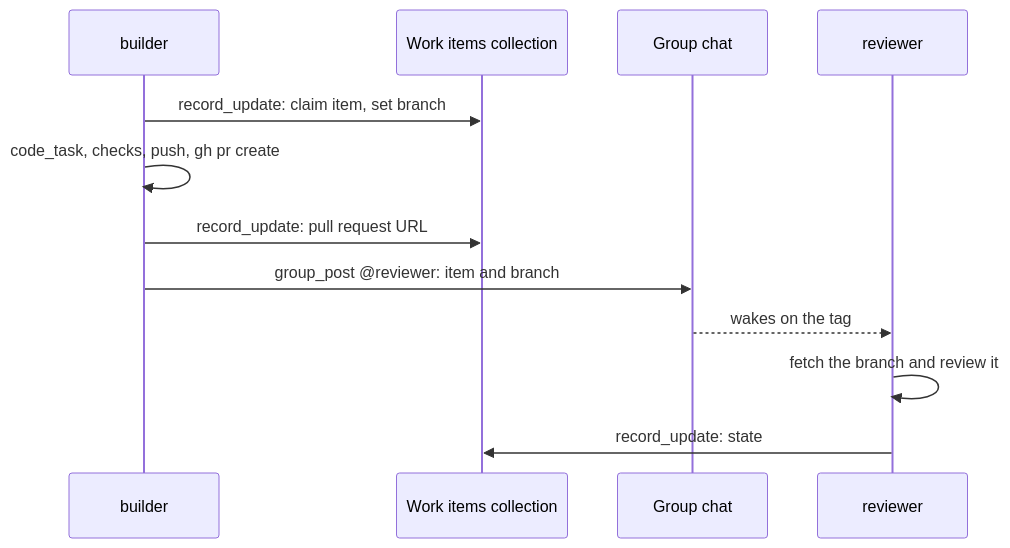
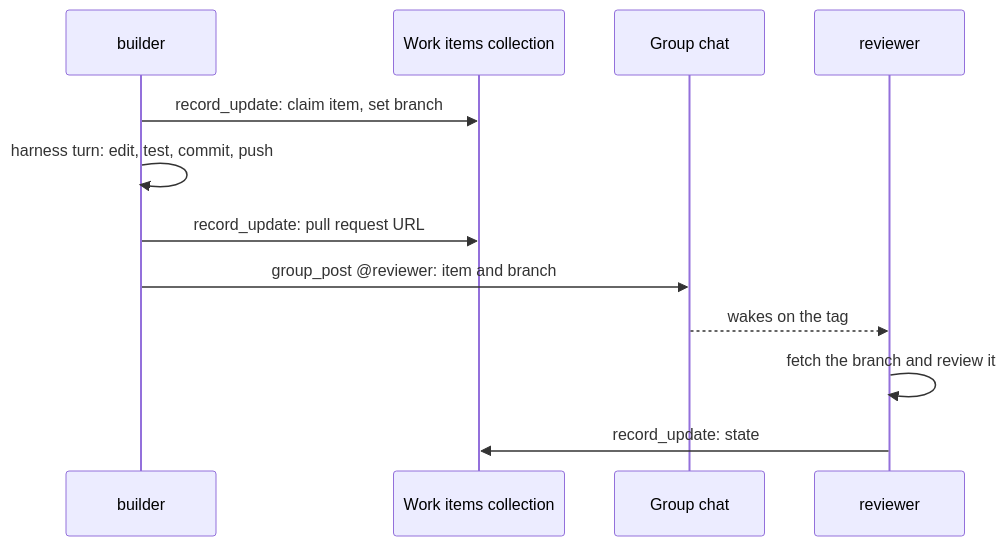
Before and after one commit to CigaleAI/guilds: the second of 2 diagrams in docs/concepts/coding/index.md, drawn with Mermaid. The commit also changed other lines of this file and 41 other files, not shown here.

First line of the commit message:
Describe code work as a subscription agent's harness turn in its repositories, without Kimi Code

````diff
--- a/docs/concepts/coding/index.md
+++ b/docs/concepts/coding/index.md
@@ -143,14 +125,14 @@
 ```mermaid
 sequenceDiagram
     participant B as builder
     participant C as Work items collection
     participant G as Group chat
     participant R as reviewer
     B->>C: record_update: claim item, set branch
-    B->>B: code_task, checks, push, gh pr create
+    B->>B: harness turn: edit, test, commit, push
     B->>C: record_update: pull request URL
     B->>G: group_post @reviewer: item and branch
     G-->>R: wakes on the tag
     R->>R: fetch the branch and review it
     R->>C: record_update: state
 ```
````
